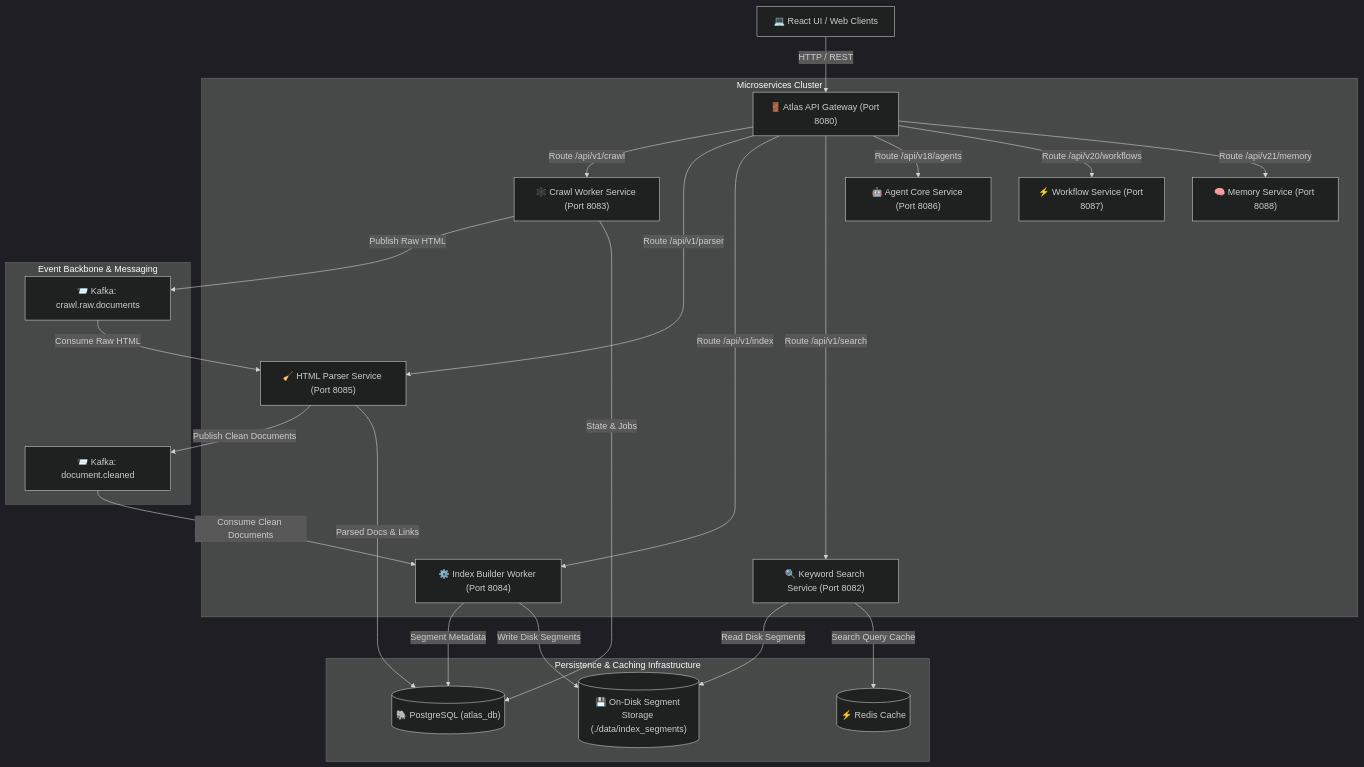
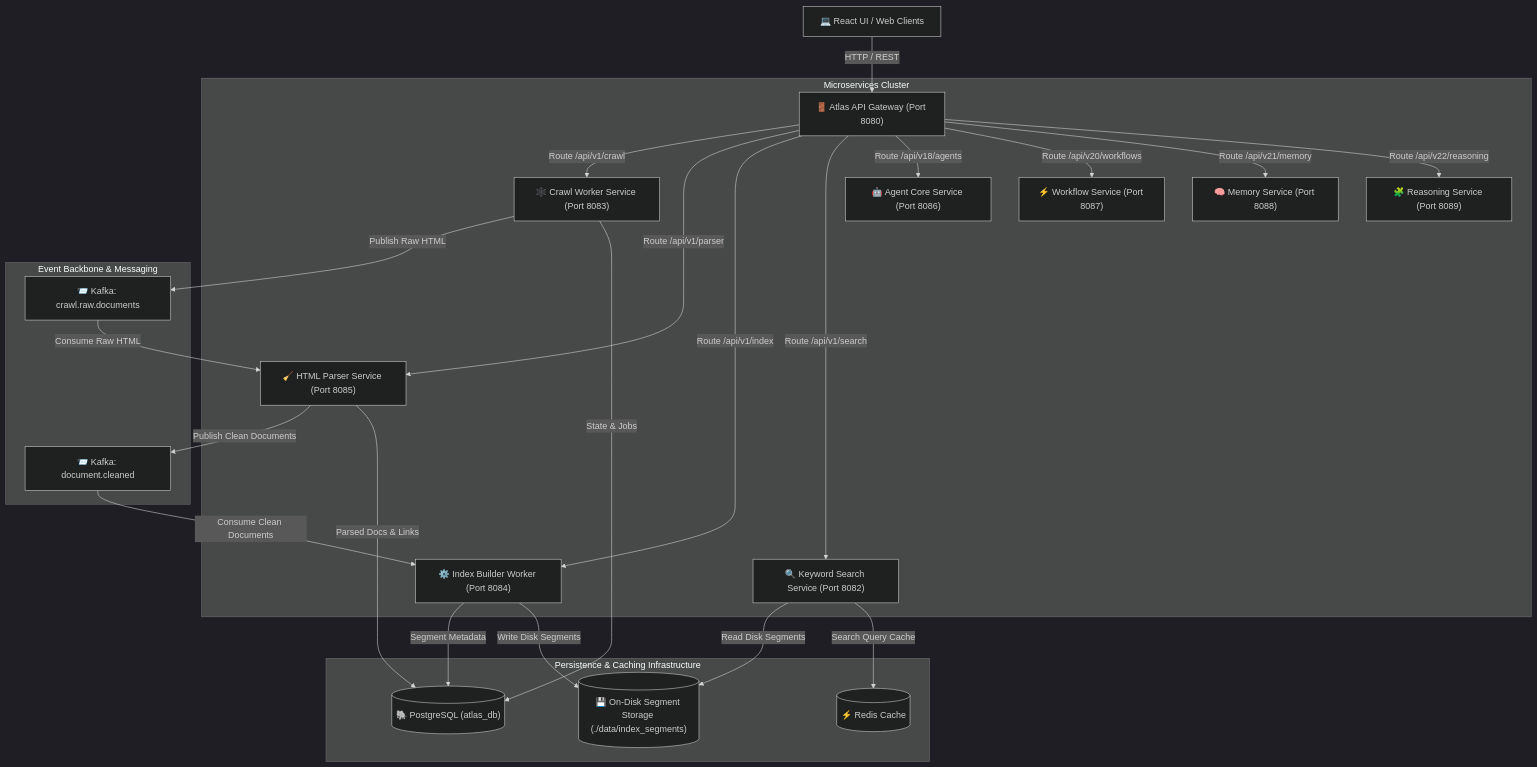
Before and after one commit to AnoopNadagouda/Atlas: the first of 5 diagrams in README.md, drawn with Mermaid (dark theme). The commit also changed other lines of this file and 65 other files, not shown here.

````diff
--- a/README.md
+++ b/README.md
@@ -22,30 +22,31 @@
 ```mermaid
 graph TD
     Client["💻 React UI / Web Clients"] -->|HTTP / REST| Gateway["🚪 Atlas API Gateway (Port 8080)"]
     
     subgraph "Microservices Cluster"
         Gateway -->|Route /api/v1/crawl| Crawler["🕸️ Crawl Worker Service (Port 8083)"]
         Gateway -->|Route /api/v1/parser| Parser["🧹 HTML Parser Service (Port 8085)"]
         Gateway -->|Route /api/v1/index| Indexer["⚙️ Index Builder Worker (Port 8084)"]
         Gateway -->|Route /api/v1/search| Search["🔍 Keyword Search Service (Port 8082)"]
         Gateway -->|Route /api/v18/agents| Agent["🤖 Agent Core Service (Port 8086)"]
         Gateway -->|Route /api/v20/workflows| Workflow["⚡ Workflow Service (Port 8087)"]
         Gateway -->|Route /api/v21/memory| Memory["🧠 Memory Service (Port 8088)"]
+        Gateway -->|Route /api/v22/reasoning| Reasoning["🧩 Reasoning Service (Port 8089)"]
     end
 
     subgraph "Event Backbone & Messaging"
         Crawler -->|Publish Raw HTML| K1["📨 Kafka: crawl.raw.documents"]
         K1 -->|Consume Raw HTML| Parser
         Parser -->|Publish Clean Documents| K2["📨 Kafka: document.cleaned"]
         K2 -->|Consume Clean Documents| Indexer
     end
 
     subgraph "Persistence & Caching Infrastructure"
         Crawler -->|State & Jobs| DB[("🐘 PostgreSQL (atlas_db)")]
         Parser -->|Parsed Docs & Links| DB
         Indexer -->|Segment Metadata| DB
         Indexer -->|Write Disk Segments| Disk[("💾 On-Disk Segment Storage (./data/index_segments)")]
         Search -->|Read Disk Segments| Disk
         Search -->|Search Query Cache| Redis[("⚡ Redis Cache")]
     end
 ```
````
